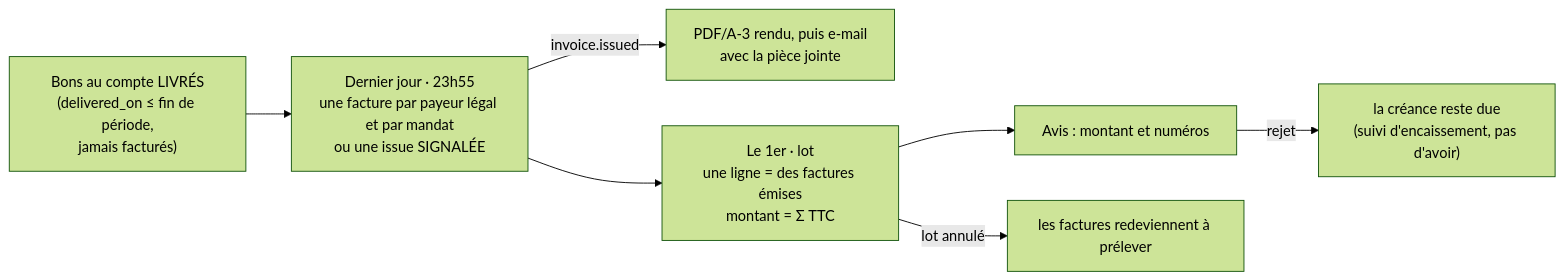
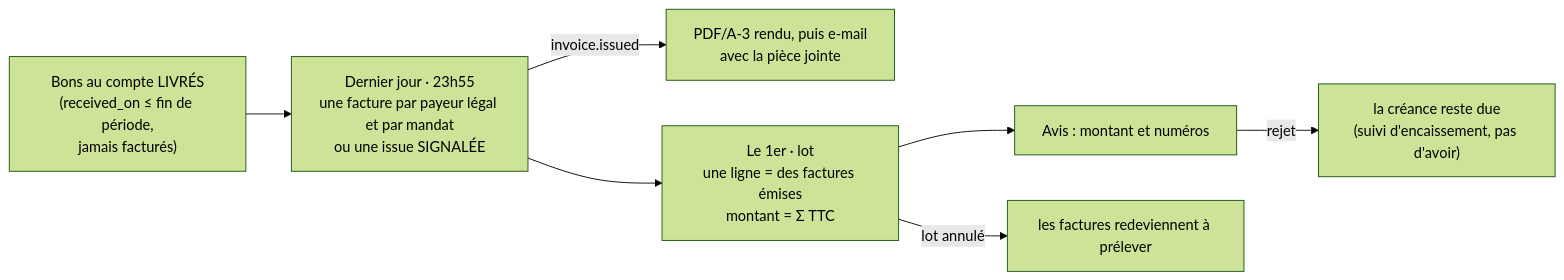
One commit to hugoheynard/lfd changed the first of 2 diagrams in documentation/comptabilite/facturation/facture-emise.md. Above: the diagram before and after it, drawn with Mermaid (forest theme). The commit also changed other lines of this file and 108 other files, not shown here.

````diff
--- a/documentation/comptabilite/facturation/facture-emise.md
+++ b/documentation/comptabilite/facturation/facture-emise.md
@@ -44,9 +44,9 @@
 ```mermaid
 flowchart LR
-  B["Bons au compte LIVRÉS<br/>(delivered_on ≤ fin de période,<br/>jamais facturés)"] --> F["Dernier jour · 23h55<br/>une facture par payeur légal et par mandat<br/>ou une issue SIGNALÉE"]
+  B["Bons au compte LIVRÉS<br/>(received_on ≤ fin de période,<br/>jamais facturés)"] --> F["Dernier jour · 23h55<br/>une facture par payeur légal et par mandat<br/>ou une issue SIGNALÉE"]
   F -->|"invoice.issued"| N["PDF/A-3 rendu, puis e-mail<br/>avec la pièce jointe"]
   F --> L["Le 1er · lot<br/>une ligne = des factures émises<br/>montant = Σ TTC"]
   L --> A["Avis : montant et numéros"]
   L -->|"lot annulé"| F2["les factures redeviennent à prélever"]
   A -->|rejet| R["la créance reste due<br/>(suivi d'encaissement, pas d'avoir)"]
 ```
````
